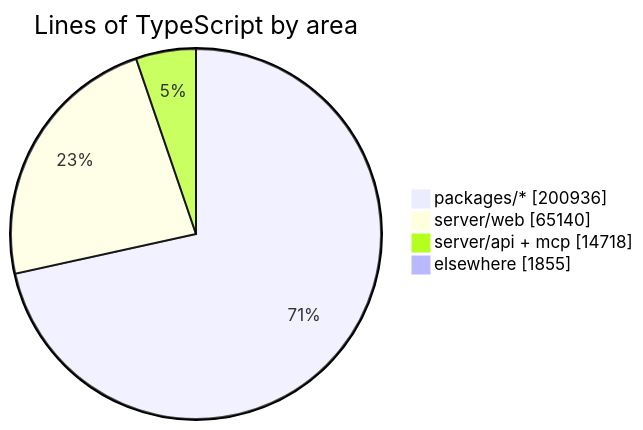
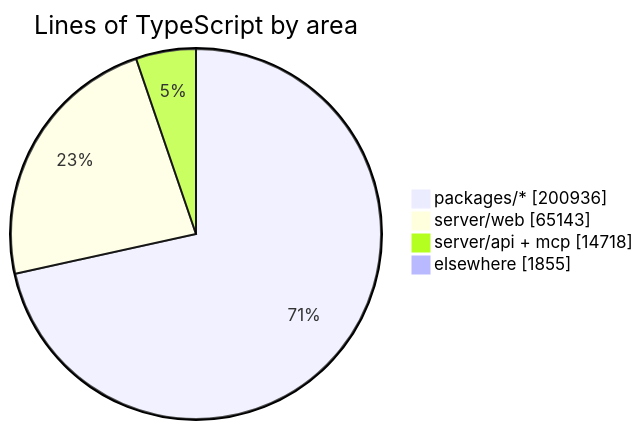
One commit to crossworks-engineering/mantle changed the diagram in README.md. Above: the diagram before and after it, drawn with Mermaid. The commit also changed other lines of this file and 2 other files, not shown here.

````diff
--- a/README.md
+++ b/README.md
@@ -287,7 +287,7 @@
 ```mermaid
 pie showData title Lines of TypeScript by area
     "packages/*" : 200936
-    "server/web" : 65140
+    "server/web" : 65143
     "server/api + mcp" : 14718
     "elsewhere" : 1855
 ```
````
